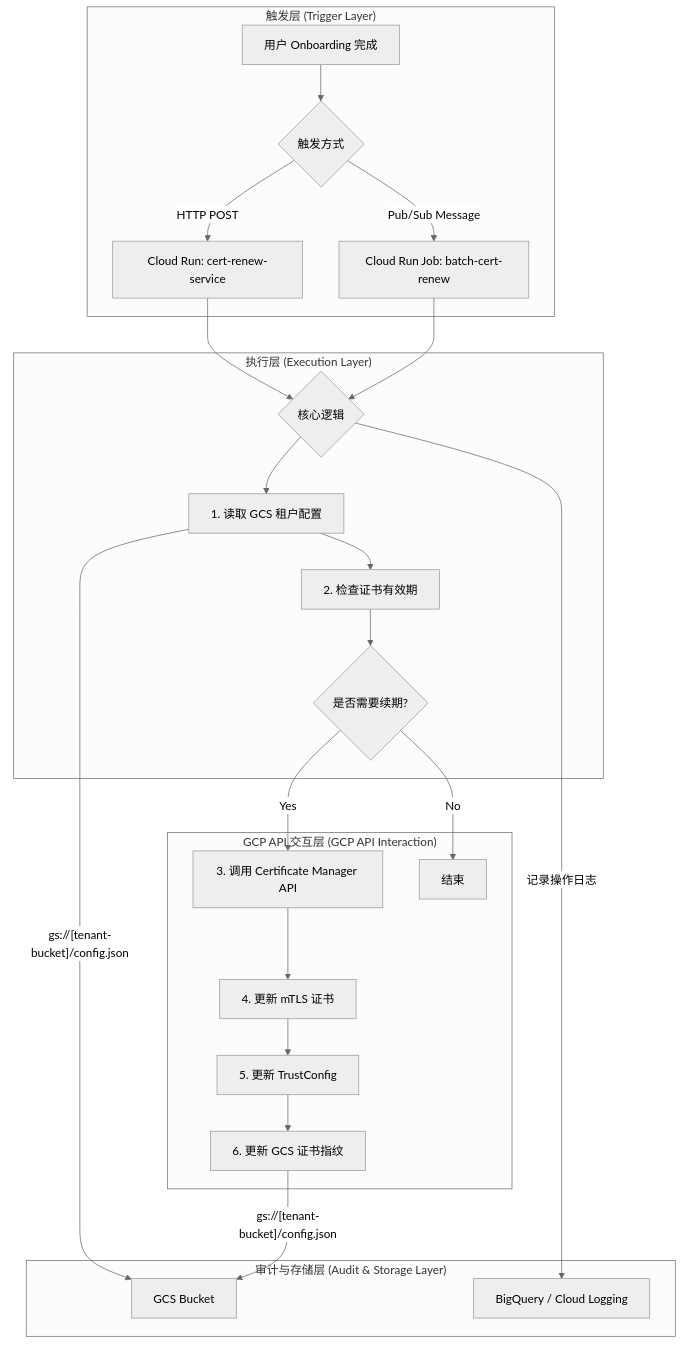
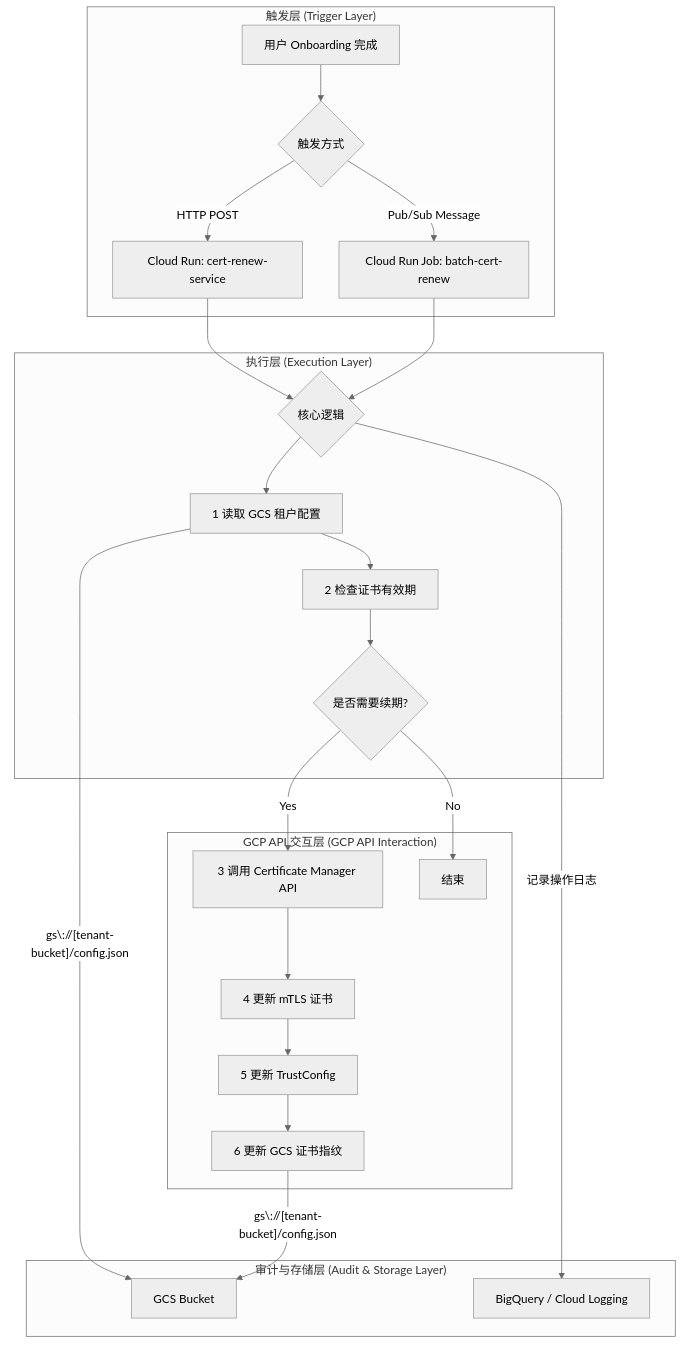
The diagram in gcp/cloud-run/onboarding/onboarding-desing.md (aibangjuxin/knowledge), drawn with Mermaid (neutral theme) before and after one commit.

Commit message:
This is for my macOS git push or pull at Mon Jul 28 15:49:42 CST 2025. Last changed file: gcp/cloud-run/onboarding/onboarding-desing.md

````diff
--- a/gcp/cloud-run/onboarding/onboarding-desing.md
+++ b/gcp/cloud-run/onboarding/onboarding-desing.md
@@ -37,30 +37,30 @@
 ```mermaid
 graph TD
     subgraph "触发层 (Trigger Layer)"
         A[用户 Onboarding 完成] --> B{触发方式};
         B -->|HTTP POST| C[Cloud Run: cert-renew-service];
         B -->|Pub/Sub Message| D[Cloud Run Job: batch-cert-renew];
     end
 
     subgraph "执行层 (Execution Layer)"
         C --> E{核心逻辑};
         D --> E;
-        E --> F[1. 读取 GCS 租户配置];
-        F --> G[2. 检查证书有效期];
+        E --> F[1 读取 GCS 租户配置];
+        F --> G[2 检查证书有效期];
         G --> H{是否需要续期?};
     end
 
     subgraph "GCP API 交互层 (GCP API Interaction)"
-        H -- Yes --> I[3. 调用 Certificate Manager API];
-        I --> J[4. 更新 mTLS 证书];
-        J --> K[5. 更新 TrustConfig];
-        K --> L[6. 更新 GCS 证书指纹];
+        H -- Yes --> I[3 调用 Certificate Manager API];
+        I --> J[4 更新 mTLS 证书];
+        J --> K[5 更新 TrustConfig];
+        K --> L[6 更新 GCS 证书指纹];
         H -- No --> M[结束];
     end
 
     subgraph "审计与存储层 (Audit & Storage Layer)"
-        F -- "gs://[tenant-bucket]/config.json" --> Storage[GCS Bucket];
-        L -- "gs://[tenant-bucket]/config.json" --> Storage;
+        F -- "gs\://[tenant-bucket]/config.json" --> Storage[GCS Bucket];
+        L -- "gs\://[tenant-bucket]/config.json" --> Storage;
         E -- "记录操作日志" --> Audit[BigQuery / Cloud Logging];
     end
 ```
````
